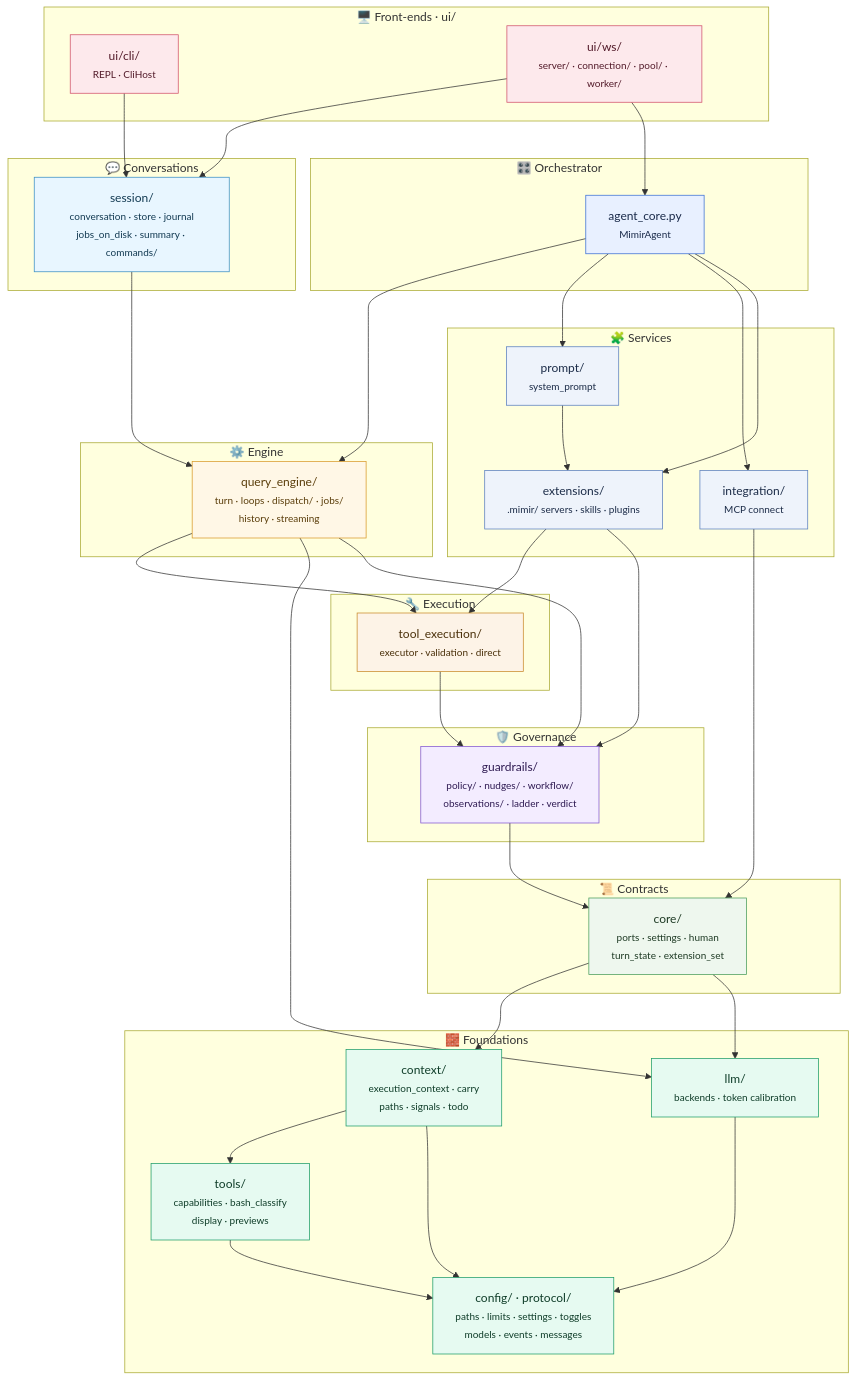
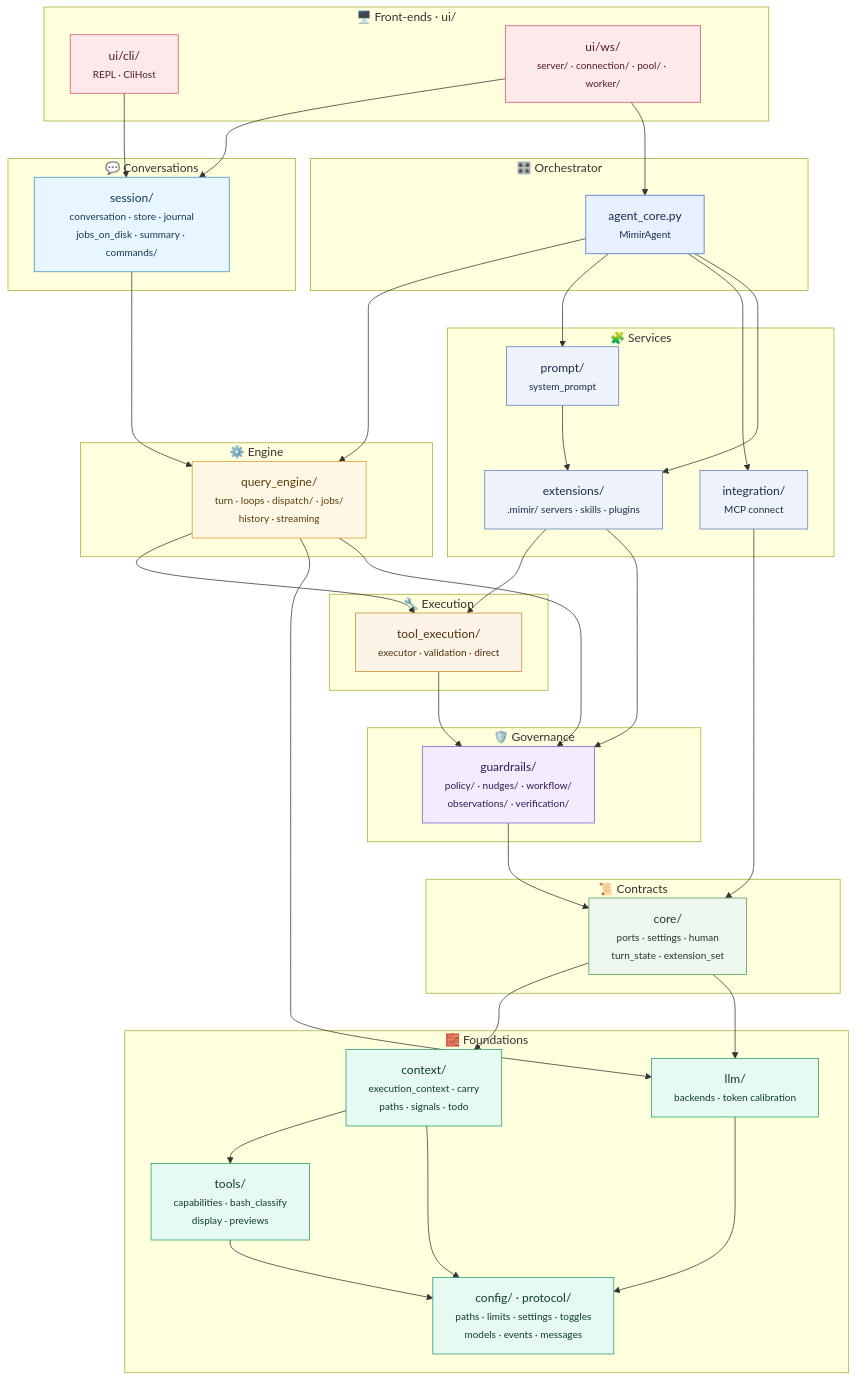
The diagram in ARCHITECTURE.md (MIMIR-LLM4CSE/MIMIR), drawn with Mermaid before and after one commit. The commit also changed other lines of this file and 39 other files, not shown here.

Commit message:
Y4: what establishes that the work is verified is one package, guardrails/verification/; the tool list is policy

````diff
--- a/ARCHITECTURE.md
+++ b/ARCHITECTURE.md
@@ -15,80 +15,80 @@
 ```mermaid
 graph TD
     subgraph FE["🖥️ Front-ends · ui/"]
         cli["ui/cli/<br/><small>REPL · CliHost</small>"]
         ws["ui/ws/<br/><small>server/ · connection/ · pool/ · worker/</small>"]
     end
     subgraph SES["💬 Conversations"]
         session["session/<br/><small>conversation · store · journal<br/>jobs_on_disk · summary · commands/</small>"]
     end
     subgraph ORCH["🎛️ Orchestrator"]
         agent["agent_core.py<br/><small>MimirAgent</small>"]
     end
     subgraph ENG["⚙️ Engine"]
         qe["query_engine/<br/><small>turn · loops · dispatch/ · jobs/<br/>history · streaming</small>"]
     end
     subgraph SVC["🧩 Services"]
         prompt["prompt/<br/><small>system_prompt</small>"]
         ext["extensions/<br/><small>.mimir/ servers · skills · plugins</small>"]
         integ["integration/<br/><small>MCP connect</small>"]
     end
     subgraph EXE["🔧 Execution"]
         te["tool_execution/<br/><small>executor · validation · direct</small>"]
     end
     subgraph GOV["🛡️ Governance"]
-        guard["guardrails/<br/><small>policy/ · nudges/ · workflow/<br/>observations/ · ladder · verdict</small>"]
+        guard["guardrails/<br/><small>policy/ · nudges/ · workflow/<br/>observations/ · verification/</small>"]
     end
     subgraph CON["📜 Contracts"]
         core["core/<br/><small>ports · settings · human<br/>turn_state · extension_set</small>"]
     end
     subgraph FND["🧱 Foundations"]
         ctx["context/<br/><small>execution_context · carry<br/>paths · signals · todo</small>"]
         tools["tools/<br/><small>capabilities · bash_classify<br/>display · previews</small>"]
         llm["llm/<br/><small>backends · token calibration</small>"]
         cfg["config/ · protocol/<br/><small>paths · limits · settings · toggles<br/>models · events · messages</small>"]
     end
 
     cli --> session
     ws --> session
     ws --> agent
     session --> qe
     agent --> qe
     agent --> prompt
     agent --> integ
     agent --> ext
     prompt --> ext
     qe --> te
     qe --> llm
     qe --> guard
     ext --> te
     ext --> guard
     te --> guard
     guard --> core
     integ --> core
     core --> ctx
     core --> llm
     ctx --> tools
     tools --> cfg
     ctx --> cfg
     llm --> cfg
 
     classDef fnd fill:#e6faf1,stroke:#1f9d6a,color:#0f3d29;
     classDef con fill:#eef7ee,stroke:#4a9d5b,color:#1e3a24;
     classDef gov fill:#f3ecff,stroke:#8257d1,color:#2e1a52;
     classDef exe fill:#fdf3e7,stroke:#c98a2b,color:#4a300a;
     classDef svc fill:#eef3fb,stroke:#5a7fbf,color:#1c2c48;
     classDef eng fill:#fff7e6,stroke:#d99a2b,color:#5a3d0a;
     classDef orch fill:#e8f0ff,stroke:#3b6fd4,color:#1a2a4a;
     classDef ses fill:#e8f6ff,stroke:#3a8fc4,color:#123a52;
     classDef fe fill:#fde9ec,stroke:#d1526b,color:#521a29;
 
     class cli,ws fe;
     class session ses;
     class agent orch;
     class qe eng;
     class prompt,ext,integ svc;
     class te exe;
     class guard gov;
     class core con;
     class ctx,tools,llm,cfg fnd;
 ```
````
